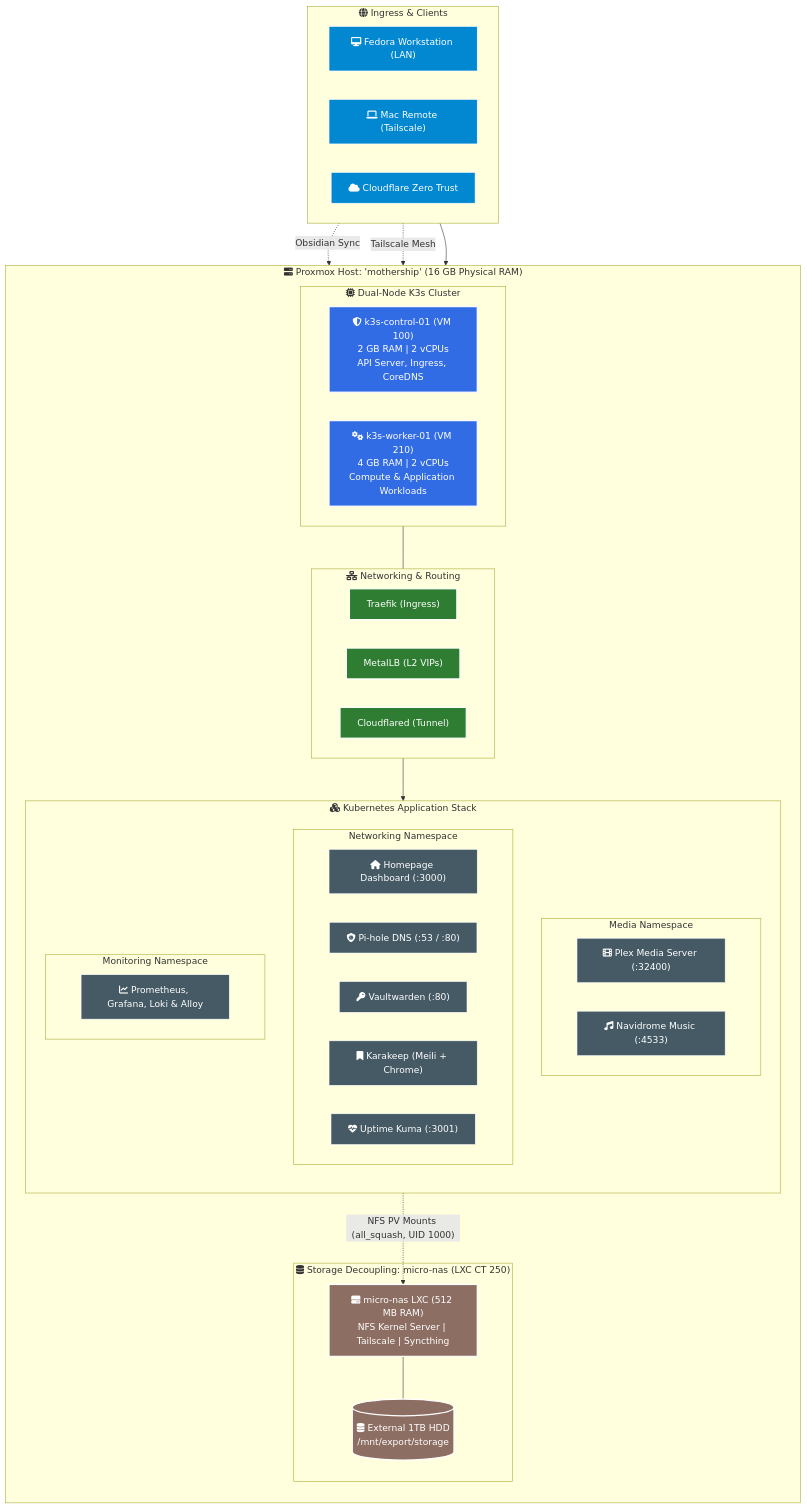
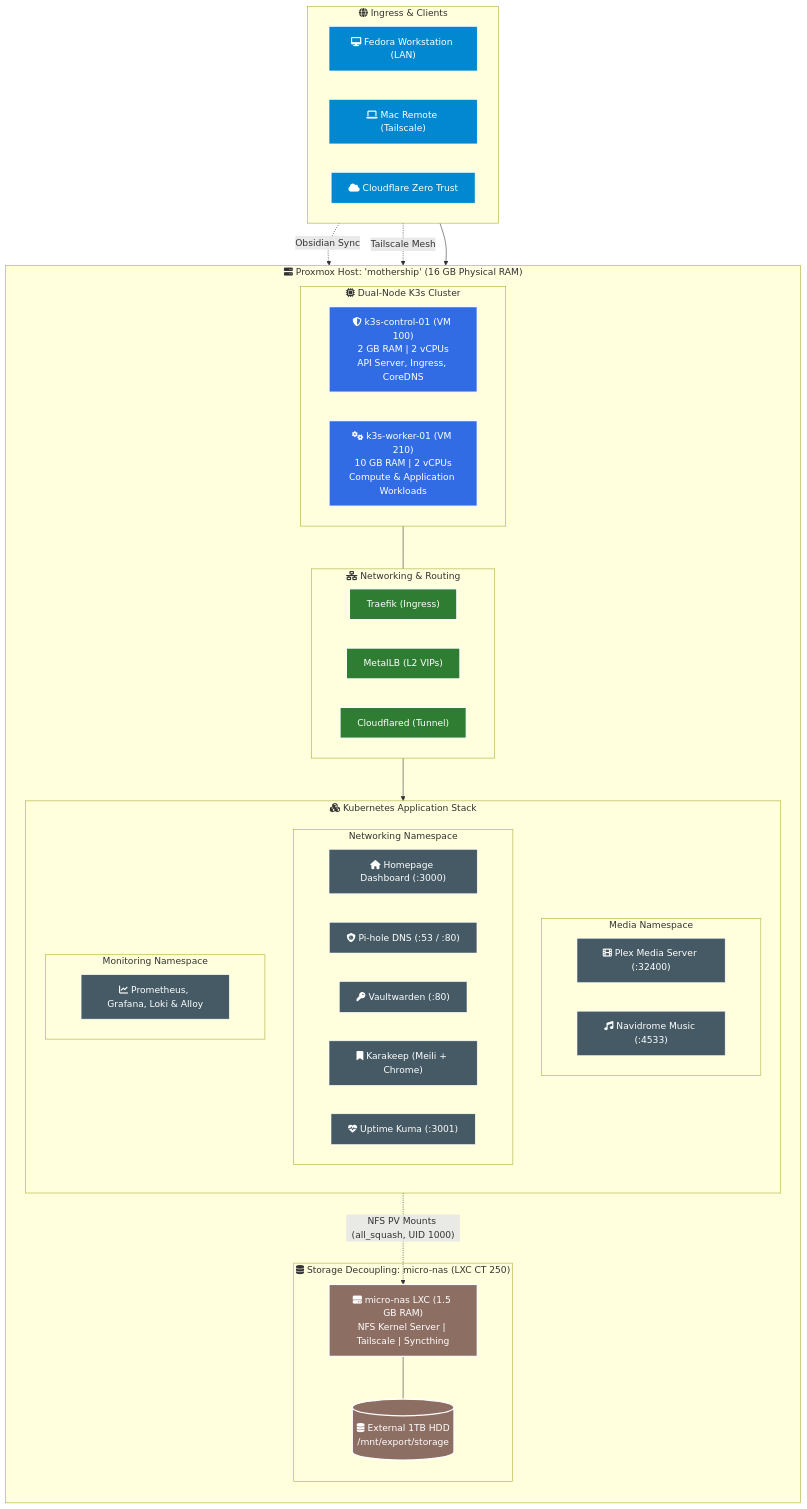
One commit to ManuelSaleta/homelab changed the diagram in README.md. Above: the diagram before and after it, drawn with Mermaid. The commit also changed other lines of this file and 3 other files, not shown here.

First line of the commit message:
tune(infra): allocate 10GB RAM to worker and 1.5GB to micro-nas

````diff
--- a/README.md
+++ b/README.md
@@ -18,64 +18,64 @@
 ```mermaid
 flowchart TB
     classDef k3s fill:#326ce5,stroke:#fff,stroke-width:2px,color:#fff;
     classDef proxmox fill:#e46623,stroke:#fff,stroke-width:2px,color:#fff;
     classDef storage fill:#8d6e63,stroke:#fff,stroke-width:2px,color:#fff;
     classDef network fill:#2e7d32,stroke:#fff,stroke-width:2px,color:#fff;
     classDef app fill:#455a64,stroke:#fff,stroke-width:1px,color:#fff;
     classDef client fill:#0288d1,stroke:#fff,stroke-width:1px,color:#fff;
 
     subgraph Clients["fa:fa-globe Ingress & Clients"]
         direction LR
         Fedora["fa:fa-desktop Fedora Workstation (LAN)"]:::client
         MacRemote["fa:fa-laptop Mac Remote (Tailscale)"]:::client
         CloudflareEdge["fa:fa-cloud Cloudflare Zero Trust"]:::client
     end
 
     subgraph Proxmox_Mothership["fa:fa-server Proxmox Host: 'mothership' (16 GB Physical RAM)"]
         direction TB
 
         subgraph Storage_Layer["fa:fa-database Storage Decoupling: micro-nas (LXC CT 250)"]
-            MicroNAS["fa:fa-hdd micro-nas LXC (512 MB RAM)\nNFS Kernel Server | Tailscale | Syncthing"]:::storage
+            MicroNAS["fa:fa-hdd micro-nas LXC (1.5 GB RAM)\nNFS Kernel Server | Tailscale | Syncthing"]:::storage
             ExtHDD[("fa:fa-database External 1TB HDD\n/mnt/export/storage")]:::storage
             MicroNAS --- ExtHDD
         end
 
         subgraph K3s_Cluster["fa:fa-microchip Dual-Node K3s Cluster"]
             direction LR
             ControlPlane["fa:fa-shield-alt k3s-control-01 (VM 100)\n2 GB RAM | 2 vCPUs\nAPI Server, Ingress, CoreDNS"]:::k3s
-            WorkerNode["fa:fa-cogs k3s-worker-01 (VM 210)\n4 GB RAM | 2 vCPUs\nCompute & Application Workloads"]:::k3s
+            WorkerNode["fa:fa-cogs k3s-worker-01 (VM 210)\n10 GB RAM | 2 vCPUs\nCompute & Application Workloads"]:::k3s
         end
 
         subgraph Ingress_Networking["fa:fa-network-wired Networking & Routing"]
             direction LR
             Traefik["Traefik (Ingress)"]:::network
             MetalLB["MetalLB (L2 VIPs)"]:::network
             Cloudflared["Cloudflared (Tunnel)"]:::network
         end
 
         subgraph Applications["fa:fa-cubes Kubernetes Application Stack"]
             direction TB
             subgraph Media_Namespace["Media Namespace"]
                 Plex["fa:fa-film Plex Media Server (:32400)"]:::app
                 Navidrome["fa:fa-music Navidrome Music (:4533)"]:::app
             end
             subgraph Networking_Namespace["Networking Namespace"]
                 Homepage["fa:fa-home Homepage Dashboard (:3000)"]:::app
                 PiHole["fa:fa-shield-virus Pi-hole DNS (:53 / :80)"]:::app
                 Vaultwarden["fa:fa-key Vaultwarden (:80)"]:::app
                 Karakeep["fa:fa-bookmark Karakeep (Meili + Chrome)"]:::app
                 UptimeKuma["fa:fa-heartbeat Uptime Kuma (:3001)"]:::app
             end
             subgraph Monitoring_Namespace["Monitoring Namespace"]
                 Monitoring["fa:fa-chart-line Prometheus, Grafana, Loki & Alloy"]:::app
             end
         end
     end
 
     Clients --> Ingress_Networking
     Ingress_Networking --> Applications
     K3s_Cluster --- Ingress_Networking
     Applications -. "NFS PV Mounts (all_squash, UID 1000)" .-> MicroNAS
     Fedora -. "Obsidian Sync" .-> MicroNAS
     MacRemote -. "Tailscale Mesh" .-> MicroNAS
 ```
````
